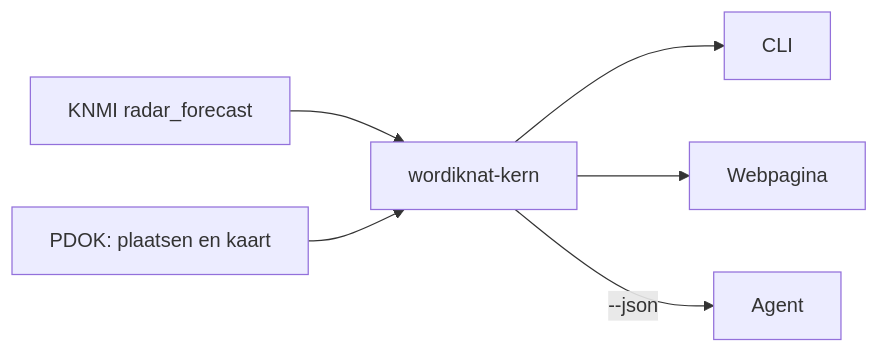
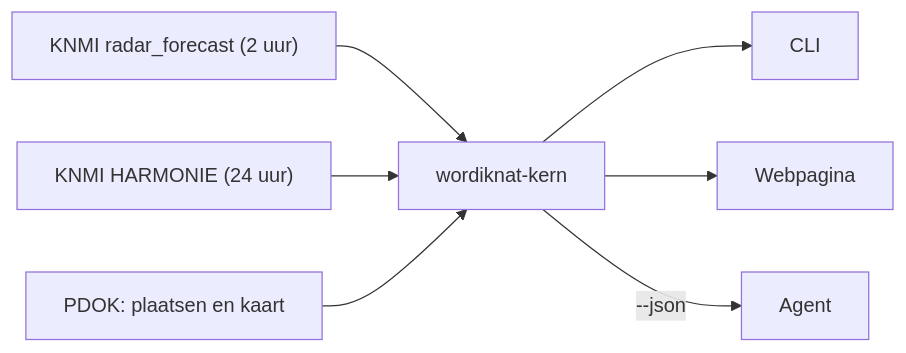
One commit to CSundermanDVC/wordiknat changed the diagram in README.md. Above: the diagram before and after it, drawn with Mermaid. The commit also changed other lines of this file and 41 other files, not shown here.

````diff
--- a/README.md
+++ b/README.md
@@ -60,8 +82,9 @@
 ```mermaid
 flowchart LR
-  A["KNMI radar_forecast"] --> B["wordiknat-kern"]
+  A["KNMI radar_forecast (2 uur)"] --> B["wordiknat-kern"]
+  H["KNMI HARMONIE (24 uur)"] --> B
   P["PDOK: plaatsen en kaart"] --> B
   B --> C["CLI"]
   B --> D["Webpagina"]
   B -->|"--json"| E["Agent"]
 ```
````
